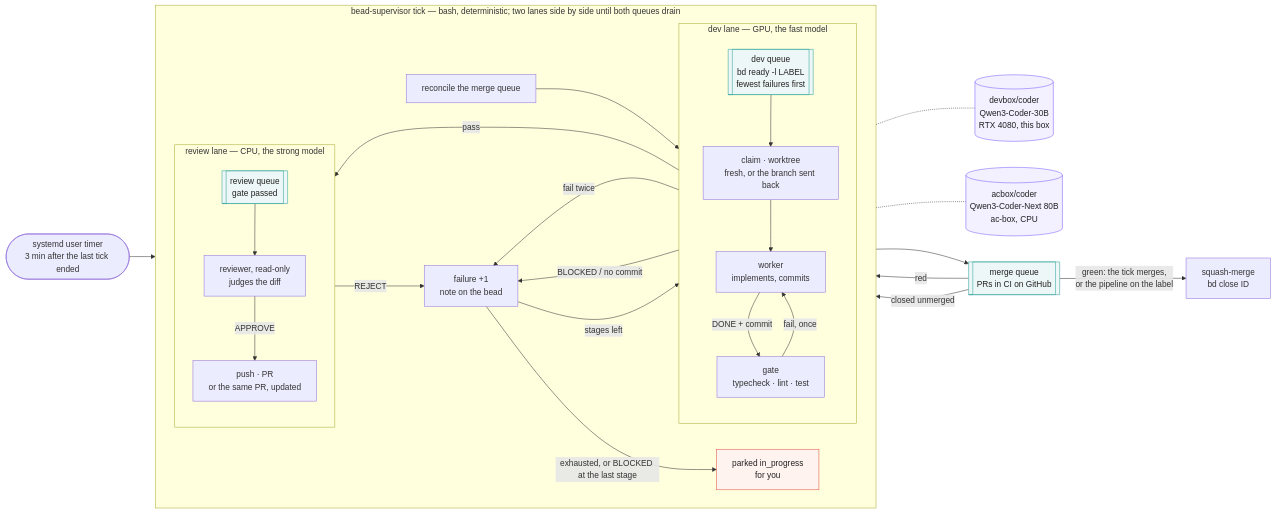
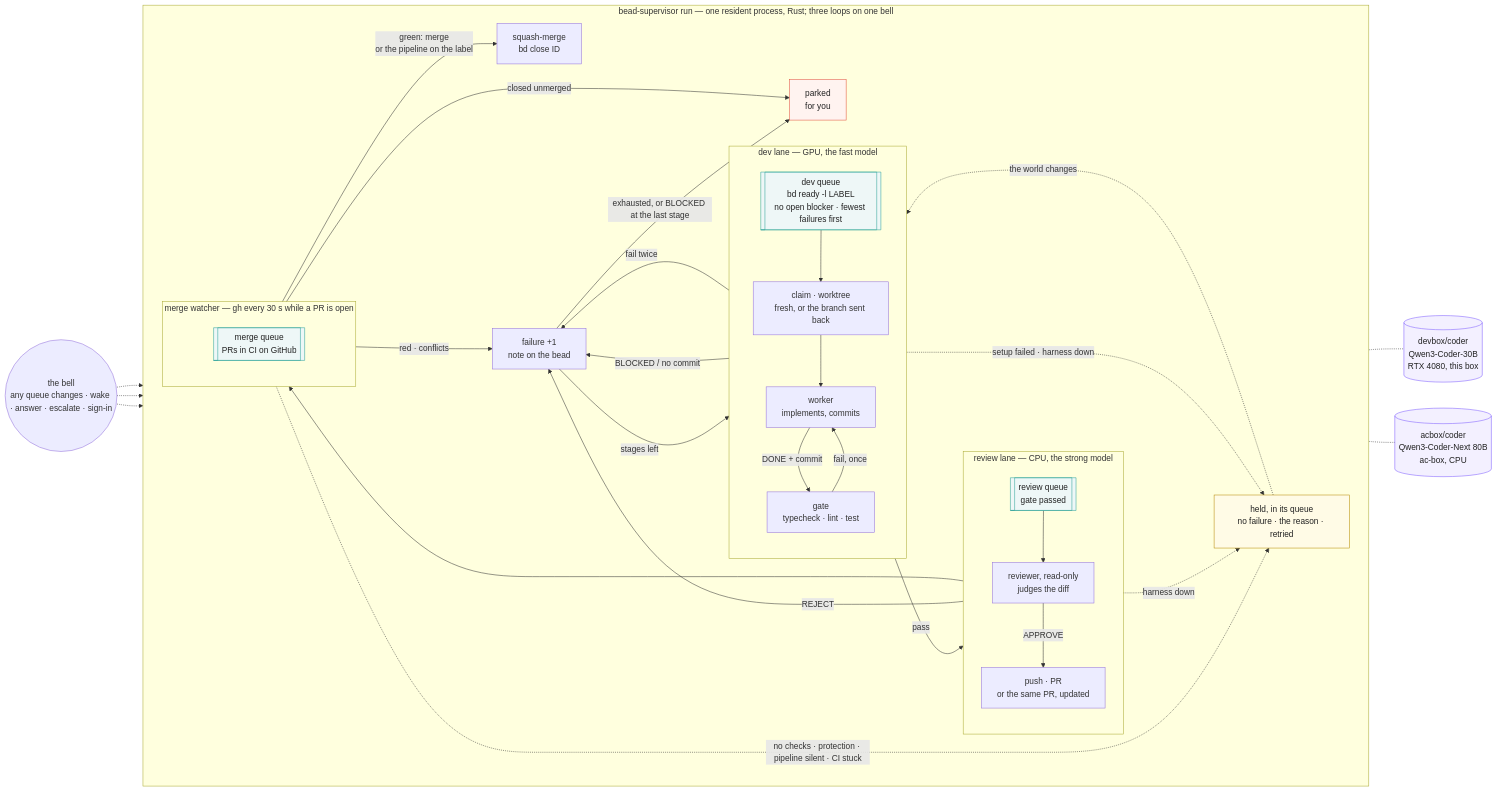
The diagram in docs/loop.mmd (imkarrer/bead-loop), drawn with Mermaid before and after one commit. The commit also changed 33 other files, not shown here.

```diff
--- a/docs/loop.mmd
+++ b/docs/loop.mmd
@@ -1,43 +1,54 @@
 flowchart LR
-  T([systemd user timer<br/>3 min after the last tick ended]) --> R
-
-  subgraph tick [bead-supervisor tick — bash, deterministic; two lanes side by side until both queues drain]
+  subgraph run [bead-supervisor run — one resident process, Rust; three loops on one bell]
     direction LR
-    R[reconcile the merge queue] --> DQ
 
     subgraph devlane [dev lane — GPU, the fast model]
       direction TB
-      DQ[[dev queue<br/>bd ready -l LABEL<br/>fewest failures first]] --> C[claim · worktree<br/>fresh, or the branch sent back]
+      DQ[[dev queue<br/>bd ready -l LABEL<br/>no open blocker · fewest failures first]] --> C[claim · worktree<br/>fresh, or the branch sent back]
       C --> W[worker<br/>implements, commits]
       W -- DONE + commit --> G[gate<br/>typecheck · lint · test]
       G -- fail, once --> W
     end
 
     subgraph reviewlane [review lane — CPU, the strong model]
       direction TB
       RQ[[review queue<br/>gate passed]] --> V[reviewer, read-only<br/>judges the diff]
       V -- APPROVE --> PR[push · PR<br/>or the same PR, updated]
     end
 
+    subgraph watcher [merge watcher — gh every 30 s while a PR is open]
+      direction TB
+      MQ[[merge queue<br/>PRs in CI on GitHub]]
+    end
+
     G -- pass --> RQ
+    PR --> MQ
+    MQ -- green: merge<br/>or the pipeline on the label --> M[squash-merge<br/>bd close ID]
+    MQ -- red · conflicts --> F
+    MQ -- closed unmerged --> H
     W -- BLOCKED / no commit --> F
     G -- fail twice --> F
     V -- REJECT --> F
     F[failure +1<br/>note on the bead] -- stages left --> DQ
-    F -- exhausted, or BLOCKED at the last stage --> H[parked in_progress<br/>for you]
+    F -- exhausted, or BLOCKED at the last stage --> H[parked<br/>for you]
+    W -. setup failed · harness down .-> HD
+    V -. harness down .-> HD
+    MQ -. no checks · protection · pipeline silent · CI stuck .-> HD
+    HD[held, in its queue<br/>no failure · the reason · retried] -. the world changes .-> DQ
   end
+
+  B((the bell<br/>any queue changes · wake · answer · escalate · sign-in)) -.-> devlane
+  B -.-> reviewlane
+  B -.-> watcher
 
   W -.- GPU[(devbox/coder<br/>Qwen3-Coder-30B<br/>RTX 4080, this box)]
   V -.- CPU[(acbox/coder<br/>Qwen3-Coder-Next 80B<br/>ac-box, CPU)]
 
-  PR --> MQ[[merge queue<br/>PRs in CI on GitHub]]
-  MQ -- green: the tick merges,<br/>or the pipeline on the label --> M[squash-merge<br/>bd close ID]
-  MQ -- red --> F
-  MQ -- closed unmerged --> H
-
   classDef model fill:#f3f0ff,stroke:#7c5cff,color:#222
   classDef stop fill:#fff3f0,stroke:#e0503c,color:#222
   classDef queue fill:#eef7f7,stroke:#2aa198,color:#222
+  classDef hold fill:#fffbe6,stroke:#b58900,color:#222
   class GPU,CPU model
   class H stop
+  class HD hold
   class DQ,RQ,MQ queue
```
